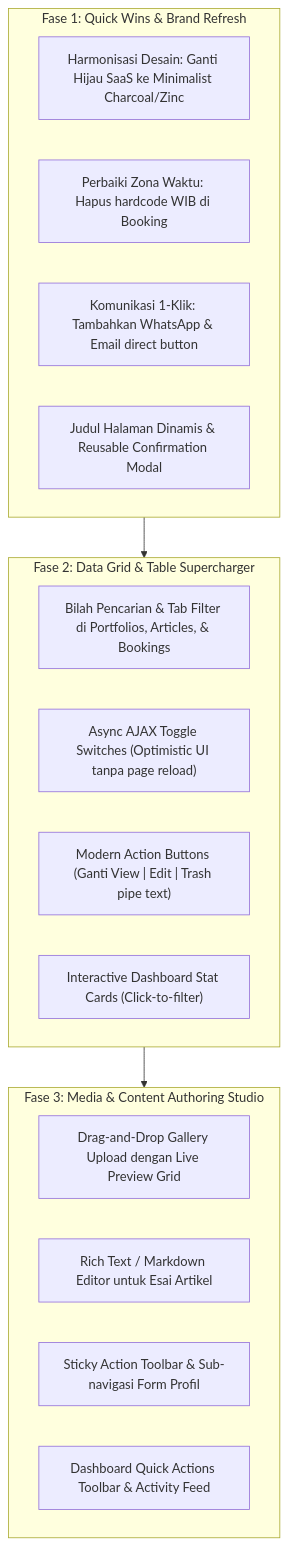
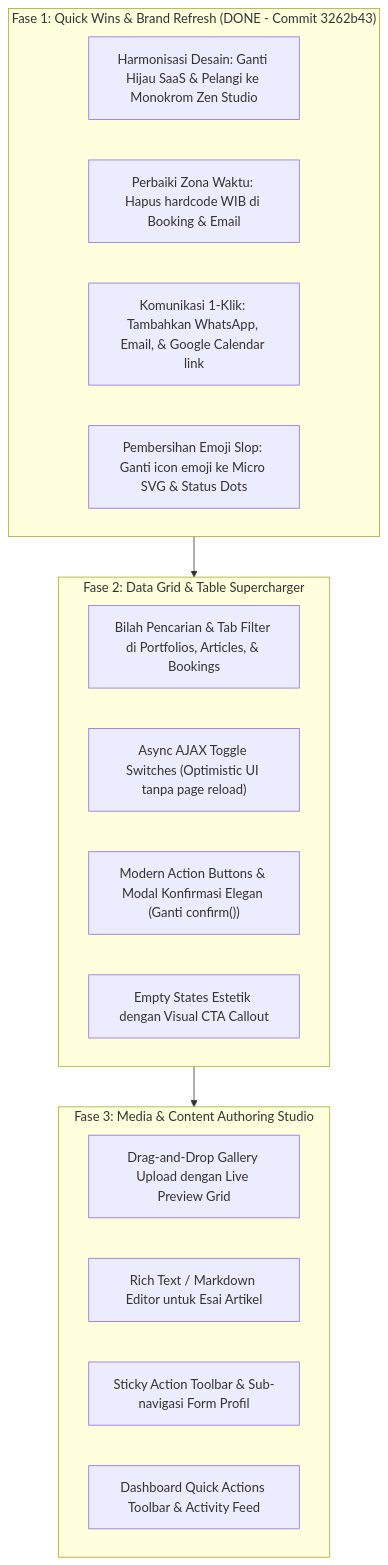
Before and after one commit to yodi-dev/dashboard-jef: the diagram in docs/audits/dashboard-ui-ux-audit.md, drawn with Mermaid.

Commit message:
docs: update UI/UX audit roadmap with Phase 1 completion

````diff
--- a/docs/audits/dashboard-ui-ux-audit.md
+++ b/docs/audits/dashboard-ui-ux-audit.md
@@ -217,25 +217,25 @@
 ```mermaid
 flowchart TD
-    subgraph Phase1["Fase 1: Quick Wins & Brand Refresh"]
-        P1_1["Harmonisasi Desain: Ganti Hijau SaaS ke Minimalist Charcoal/Zinc"]
-        P1_2["Perbaiki Zona Waktu: Hapus hardcode WIB di Booking"]
-        P1_3["Komunikasi 1-Klik: Tambahkan WhatsApp & Email direct button"]
-        P1_4["Judul Halaman Dinamis & Reusable Confirmation Modal"]
+    subgraph Phase1["Fase 1: Quick Wins & Brand Refresh (DONE - Commit 3262b43)"]
+        P1_1["Harmonisasi Desain: Ganti Hijau SaaS & Pelangi ke Monokrom Zen Studio"]
+        P1_2["Perbaiki Zona Waktu: Hapus hardcode WIB di Booking & Email"]
+        P1_3["Komunikasi 1-Klik: Tambahkan WhatsApp, Email, & Google Calendar link"]
+        P1_4["Pembersihan Emoji Slop: Ganti icon emoji ke Micro SVG & Status Dots"]
     end
 
     subgraph Phase2["Fase 2: Data Grid & Table Supercharger"]
         P2_1["Bilah Pencarian & Tab Filter di Portfolios, Articles, & Bookings"]
         P2_2["Async AJAX Toggle Switches (Optimistic UI tanpa page reload)"]
-        P2_3["Modern Action Buttons (Ganti View | Edit | Trash pipe text)"]
-        P2_4["Interactive Dashboard Stat Cards (Click-to-filter)"]
+        P2_3["Modern Action Buttons & Modal Konfirmasi Elegan (Ganti confirm())"]
+        P2_4["Empty States Estetik dengan Visual CTA Callout"]
     end
 
     subgraph Phase3["Fase 3: Media & Content Authoring Studio"]
         P3_1["Drag-and-Drop Gallery Upload dengan Live Preview Grid"]
         P3_2["Rich Text / Markdown Editor untuk Esai Artikel"]
         P3_3["Sticky Action Toolbar & Sub-navigasi Form Profil"]
         P3_4["Dashboard Quick Actions Toolbar & Activity Feed"]
     end
 
     Phase1 --> Phase2 --> Phase3
 ```
````
